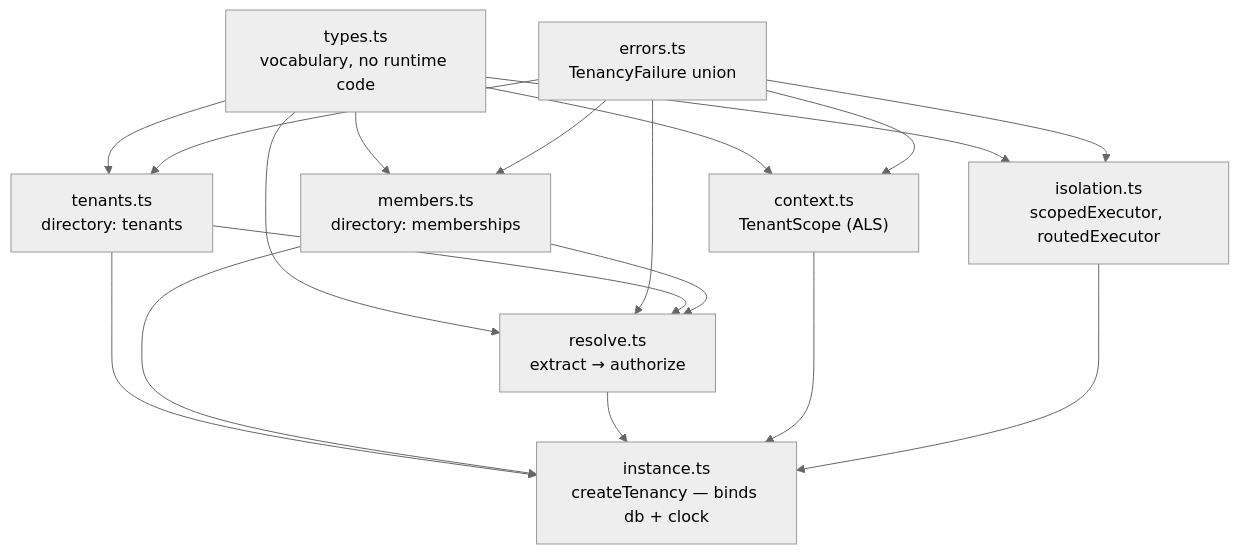
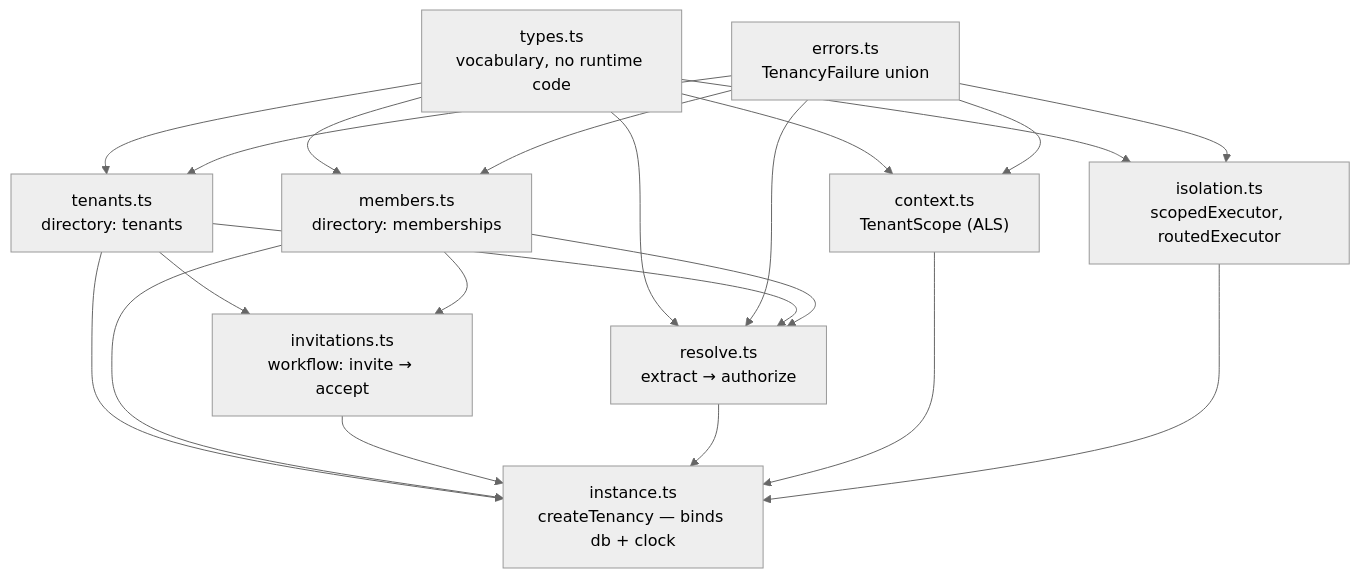
Before and after one commit to QuxKit/tenant-kit: the diagram in docs/ARCHITECTURE.md, drawn with Mermaid (neutral theme). The commit also changed other lines of this file and 12 other files, not shown here.

First line of the commit message:
feat: invitations — hashed single-use tokens, idempotent accept, mailer seam, expiry sweep

````diff
--- a/docs/ARCHITECTURE.md
+++ b/docs/ARCHITECTURE.md
@@ -9,17 +9,19 @@
 ```mermaid
 flowchart TD
     types["types.ts<br/>vocabulary, no runtime code"]
     errors["errors.ts<br/>TenancyFailure union"]
     tenants["tenants.ts<br/>directory: tenants"]
     members["members.ts<br/>directory: memberships"]
+    invitations["invitations.ts<br/>workflow: invite → accept"]
     resolve["resolve.ts<br/>extract → authorize"]
     context["context.ts<br/>TenantScope (ALS)"]
     isolation["isolation.ts<br/>scopedExecutor, routedExecutor"]
     instance["instance.ts<br/>createTenancy — binds db + clock"]
 
     types --> tenants & members & resolve & context & isolation
     errors --> tenants & members & resolve & context & isolation
     tenants --> resolve
     members --> resolve
-    tenants & members & resolve & context & isolation --> instance
+    tenants & members --> invitations
+    tenants & members & invitations & resolve & context & isolation --> instance
 ```
````
